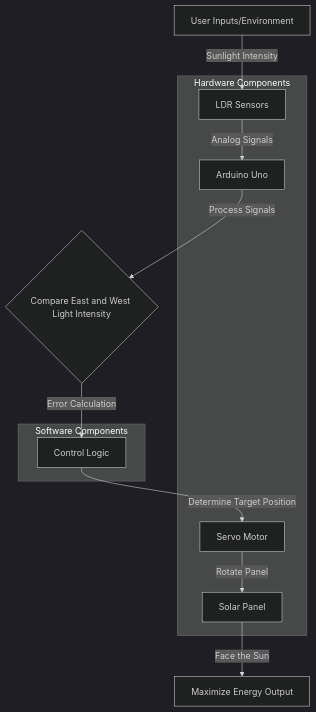
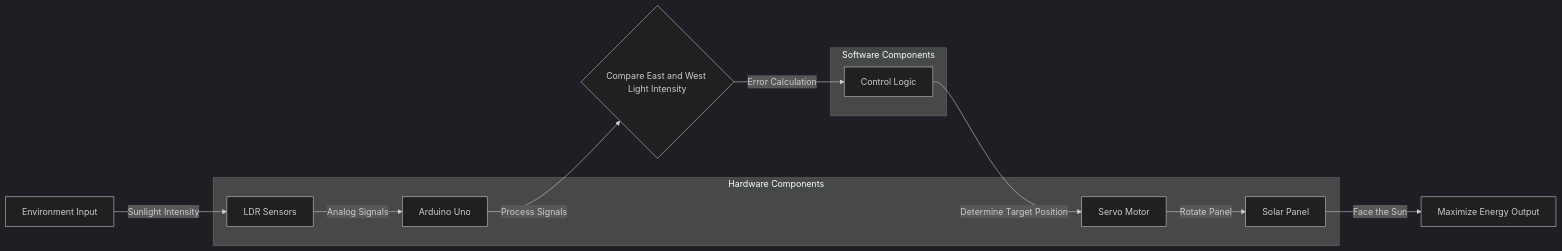
One commit to Aaron-Thomas-Blessen/SkyBound changed the diagram in architecturemermaid.md. Above: the diagram before and after it, drawn with Mermaid (dark theme).

````diff
--- a/architecturemermaid.md
+++ b/architecturemermaid.md
@@ -1,22 +1,22 @@
 ```mermaid
-graph TD
-    A[User Inputs/Environment] -->|Sunlight Intensity| B[LDR Sensors]
+graph LR
+    A[Environment Input] -->|Sunlight Intensity| B[LDR Sensors]
     B -->|Analog Signals| C[Arduino Uno]
     C -->|Process Signals| D{Compare East and West Light Intensity}
     D -->|Error Calculation| E[Control Logic]
     E -->|Determine Target Position| F[Servo Motor]
     F -->|Rotate Panel| G[Solar Panel]
     G -->|Face the Sun| H[Maximize Energy Output]
     
     subgraph Hardware Components
         B
         C
         F
         G
     end
 
     subgraph Software Components
         E
     end
 
 ```
````
